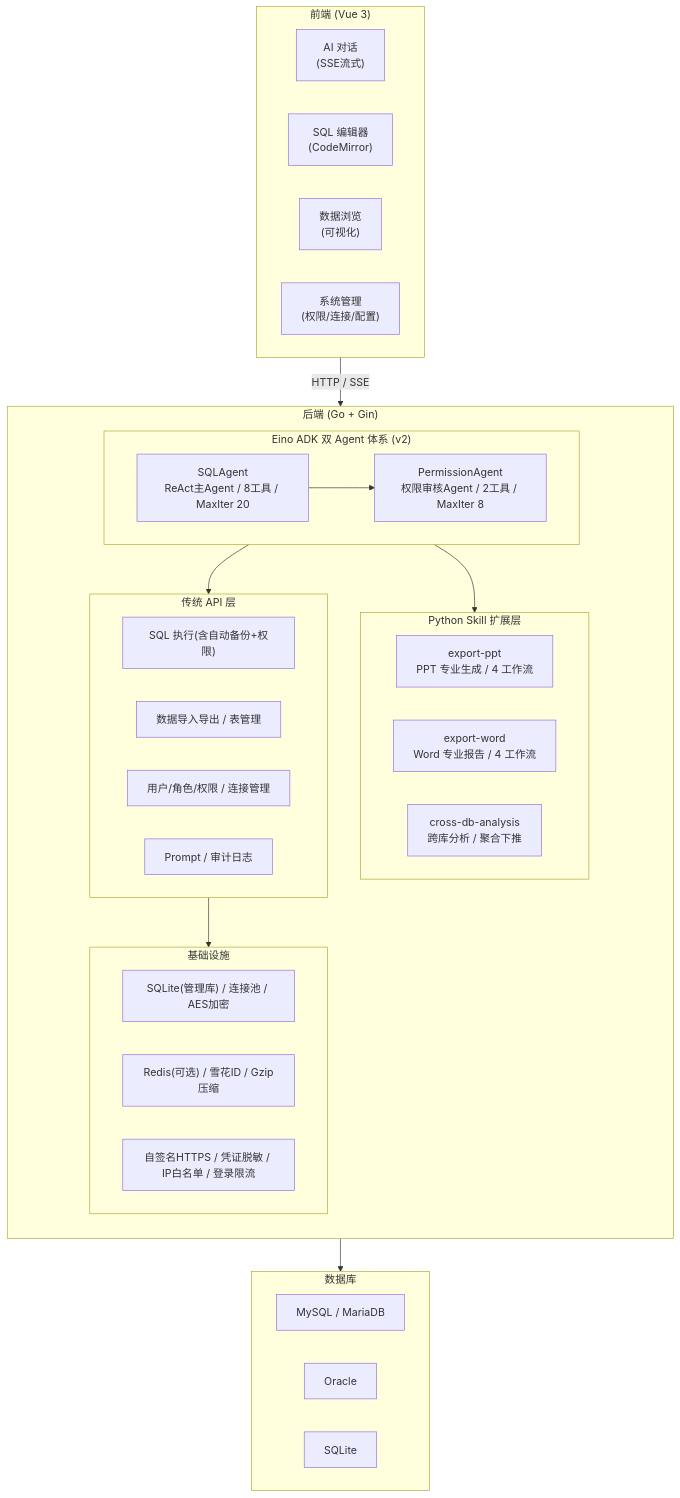
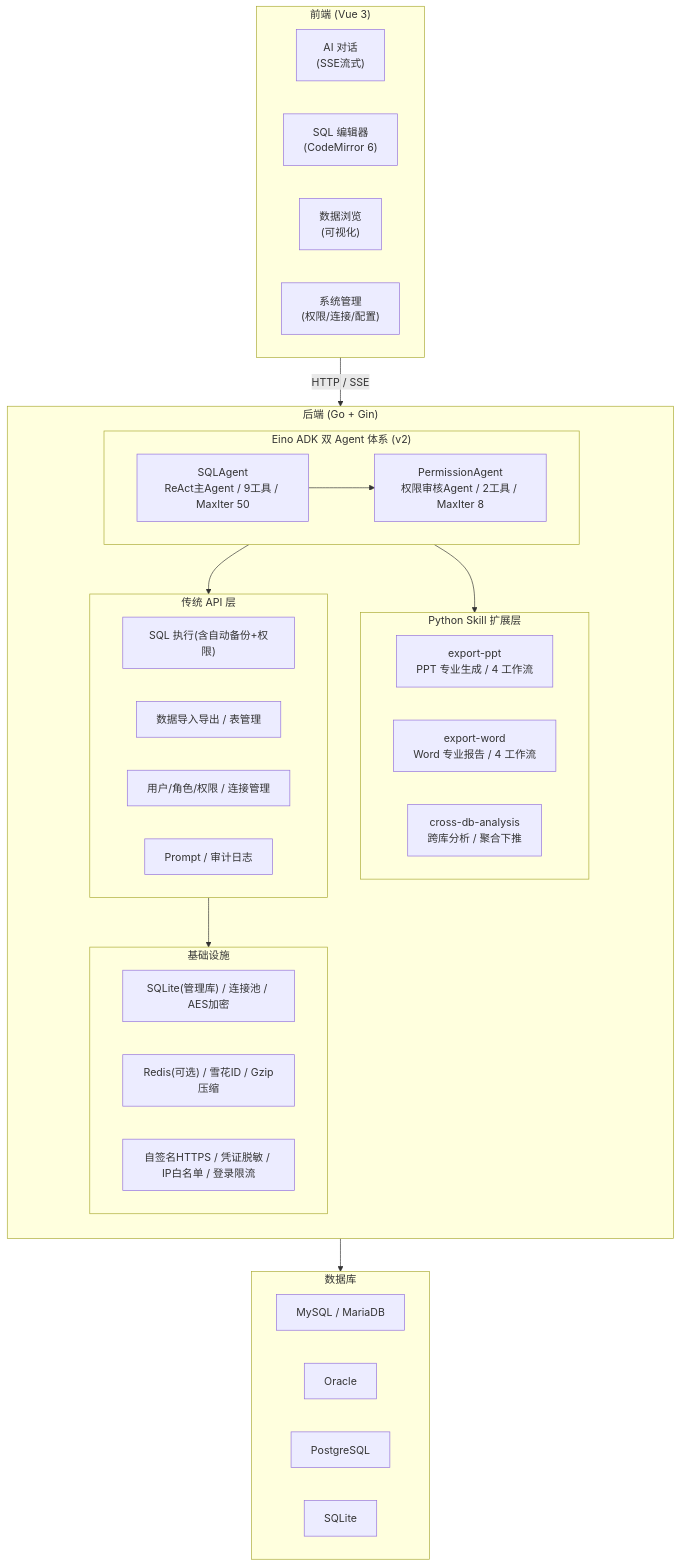
One commit to zdtjss/websql changed the sixth of 6 diagrams in README.md. Above: the diagram before and after it, drawn with Mermaid. The commit also changed other lines of this file, not shown here.

````diff
--- a/README.md
+++ b/README.md
@@ -297,52 +303,53 @@
 ```mermaid
 flowchart TB
     subgraph Frontend["前端 (Vue 3)"]
         direction LR
         F1["AI 对话<br/>(SSE流式)"]
-        F2["SQL 编辑器<br/>(CodeMirror)"]
+        F2["SQL 编辑器<br/>(CodeMirror 6)"]
         F3["数据浏览<br/>(可视化)"]
         F4["系统管理<br/>(权限/连接/配置)"]
     end
 
     Frontend -->|"HTTP / SSE"| Backend
 
     subgraph Backend["后端 (Go + Gin)"]
         direction TB
         subgraph Agent["Eino ADK 双 Agent 体系 (v2)"]
             direction LR
-            A1["SQLAgent<br/>ReAct主Agent / 8工具 / MaxIter 20"]
+            A1["SQLAgent<br/>ReAct主Agent / 9工具 / MaxIter 50"]
             A2["PermissionAgent<br/>权限审核Agent / 2工具 / MaxIter 8"]
             A1 --> A2
         end
         subgraph Skills["Python Skill 扩展层"]
             S1["export-ppt<br/>PPT 专业生成 / 4 工作流"]
             S2["export-word<br/>Word 专业报告 / 4 工作流"]
             S3["cross-db-analysis<br/>跨库分析 / 聚合下推"]
         end
         subgraph API["传统 API 层"]
             direction LR
             API1["SQL 执行(含自动备份+权限)"]
             API2["数据导入导出 / 表管理"]
             API3["用户/角色/权限 / 连接管理"]
             API4["Prompt / 审计日志"]
         end
         subgraph Infra["基础设施"]
             direction LR
             I1["SQLite(管理库) / 连接池 / AES加密"]
             I2["Redis(可选) / 雪花ID / Gzip压缩"]
             I3["自签名HTTPS / 凭证脱敏 / IP白名单 / 登录限流"]
         end
         Agent --> API
         Agent --> Skills
         API --> Infra
     end
 
     Backend --> DB
 
     subgraph DB["数据库"]
         direction LR
         DB1["MySQL / MariaDB"]
         DB2["Oracle"]
-        DB3["SQLite"]
+        DB3["PostgreSQL"]
+        DB4["SQLite"]
     end
 ```
````
